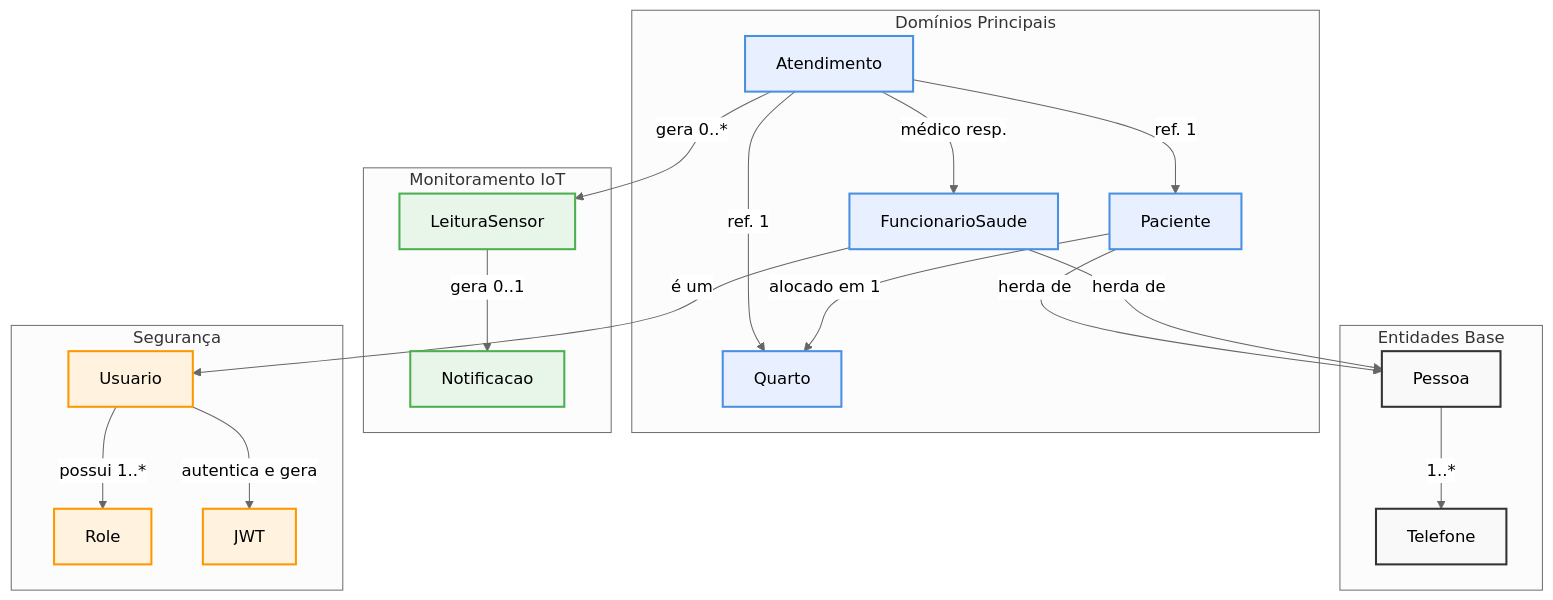
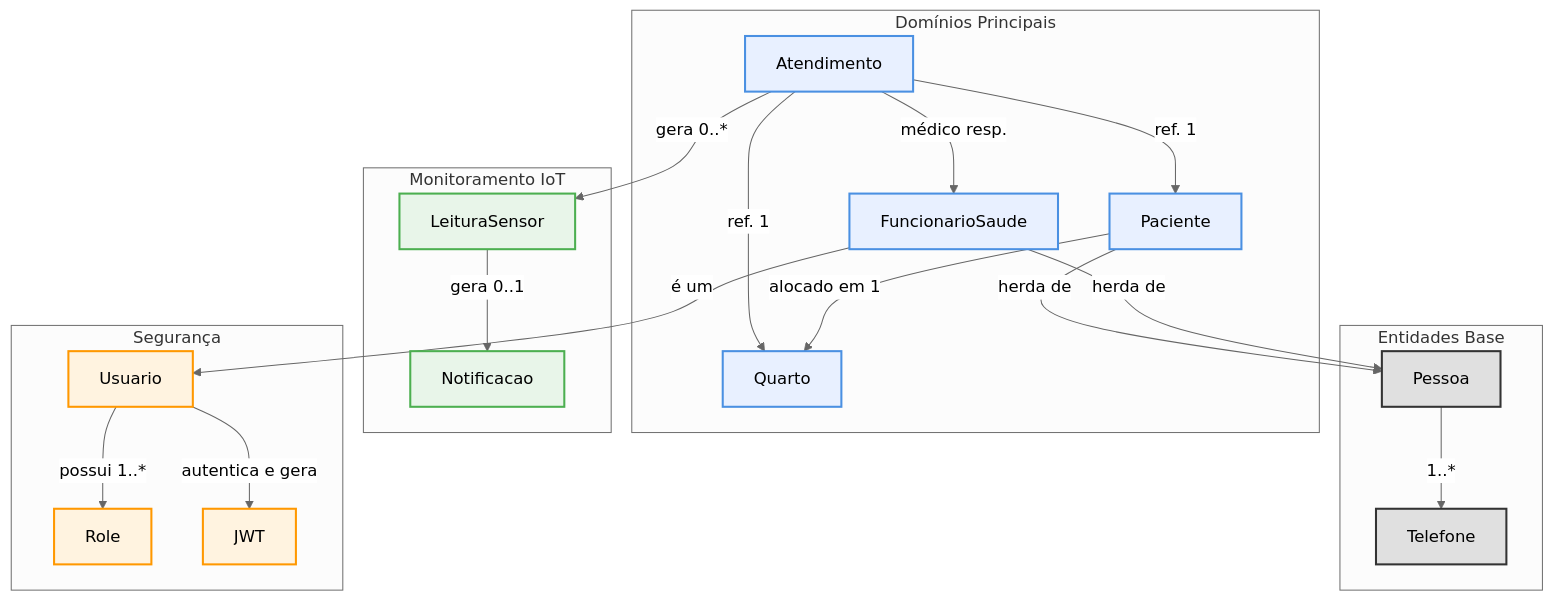
One commit to matheus05dev/BackendMonitoramentoPacientes changed the diagram in README.md. Above: the diagram before and after it, drawn with Mermaid (neutral theme). The commit also changed other lines of this file, not shown here.

Commit message:
Commit do read.me

````diff
--- a/README.md
+++ b/README.md
@@ -75,53 +75,53 @@
 ```mermaid
 graph TD
     subgraph "Entidades Base"
         Pessoa
         Telefone
     end
 
     subgraph "Domínios Principais"
         Paciente
         FuncionarioSaude
         Quarto
         Atendimento
     end
 
     subgraph "Monitoramento IoT"
         LeituraSensor
         Notificacao
     end
 
     subgraph "Segurança"
         Usuario
         Role
         JWT
     end
 
     %% Relacionamentos
     Paciente --"herda de"--> Pessoa
     FuncionarioSaude --"herda de"--> Pessoa
     Pessoa --"1..*"--> Telefone
 
     Atendimento --"ref. 1"--> Paciente
     Atendimento --"médico resp."--> FuncionarioSaude
     Atendimento --"ref. 1"--> Quarto
     Paciente --"alocado em 1"--> Quarto
 
     Atendimento --"gera 0..*"--> LeituraSensor
     LeituraSensor --"gera 0..1"--> Notificacao
 
     FuncionarioSaude --"é um"--> Usuario
     Usuario --"possui 1..*"--> Role
     Usuario --"autentica e gera"--> JWT
 
     %% Estilização
-    classDef base fill:#f9f9f9,stroke:#333,stroke-width:2px;
+    classDef base fill:#e0e0e0,stroke:#333,stroke-width:2px;
     classDef domain fill:#e8f0ff,stroke:#4a90e2,stroke-width:2px;
     classDef iot fill:#e8f5e9,stroke:#4caf50,stroke-width:2px;
     classDef security fill:#fff3e0,stroke:#ff9800,stroke-width:2px;
 
     class Pessoa,Telefone base;
     class Paciente,FuncionarioSaude,Quarto,Atendimento domain;
     class LeituraSensor,Notificacao iot;
     class Usuario,Role,JWT security;
 ```
````
